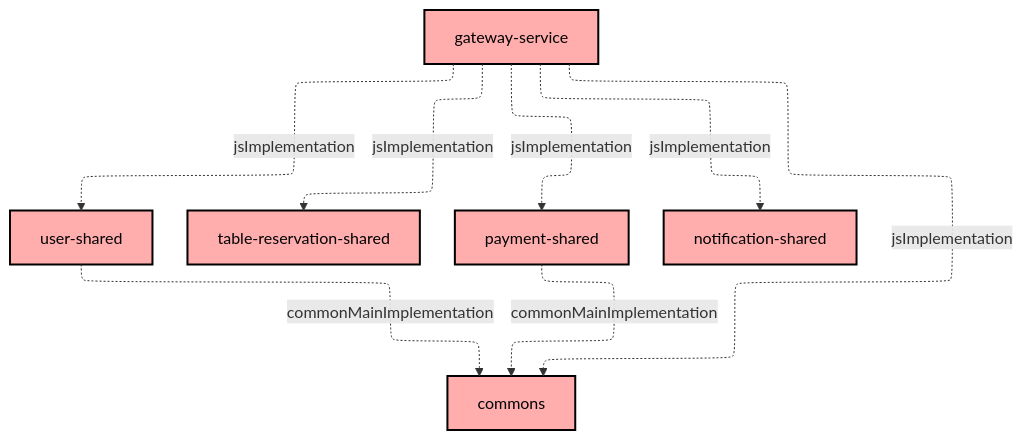
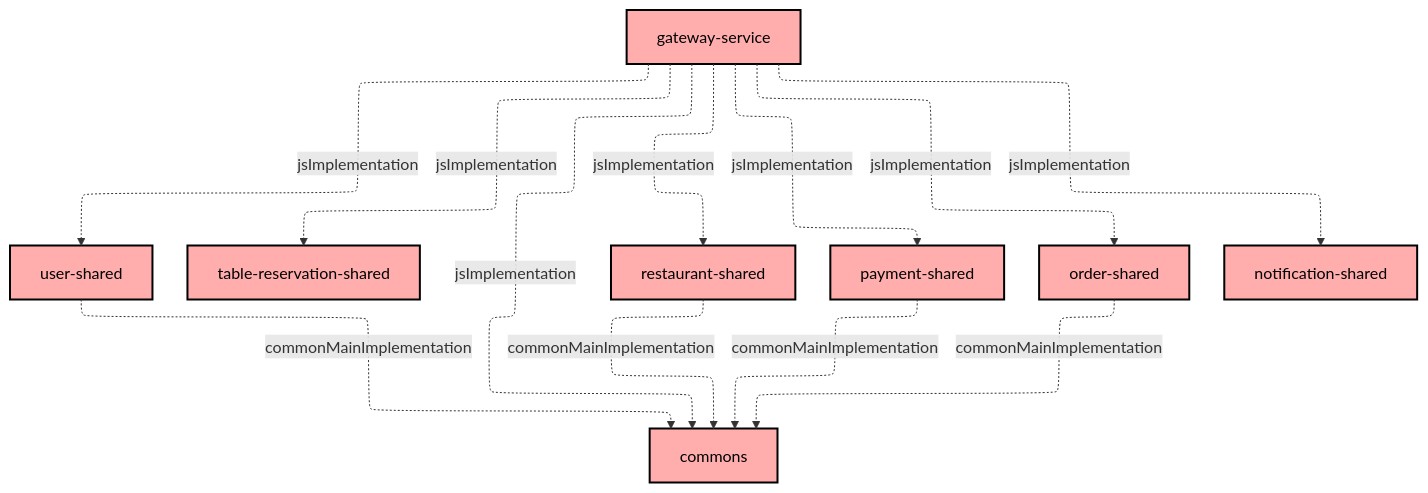
One commit to Norby99/munchies changed the diagram in gateway-service/README.md. Above: the diagram before and after it, drawn with Mermaid. The commit also changed 5 other files, not shown here.

````diff
--- a/gateway-service/README.md
+++ b/gateway-service/README.md
@@ -6,25 +6,31 @@
 ```mermaid
 ---
 config:
   layout: elk
   elk:
     nodePlacementStrategy: SIMPLE
 ---
 graph TB
   :user-shared[user-shared]:::unknown
   :table-reservation-shared[table-reservation-shared]:::unknown
+  :restaurant-shared[restaurant-shared]:::unknown
   :payment-shared[payment-shared]:::unknown
+  :order-shared[order-shared]:::unknown
   :notification-shared[notification-shared]:::unknown
   :gateway-service[gateway-service]:::unknown
   :commons[commons]:::unknown
 
   :gateway-service -.->|jsImplementation| :commons
   :gateway-service -.->|jsImplementation| :notification-shared
+  :gateway-service -.->|jsImplementation| :order-shared
   :gateway-service -.->|jsImplementation| :payment-shared
+  :gateway-service -.->|jsImplementation| :restaurant-shared
   :gateway-service -.->|jsImplementation| :table-reservation-shared
   :gateway-service -.->|jsImplementation| :user-shared
+  :order-shared -.->|commonMainImplementation| :commons
   :payment-shared -.->|commonMainImplementation| :commons
+  :restaurant-shared -.->|commonMainImplementation| :commons
   :user-shared -.->|commonMainImplementation| :commons
 
 classDef unknown fill:#FFADAD,stroke:#000,stroke-width:2px,color:#000;
 ```
````
